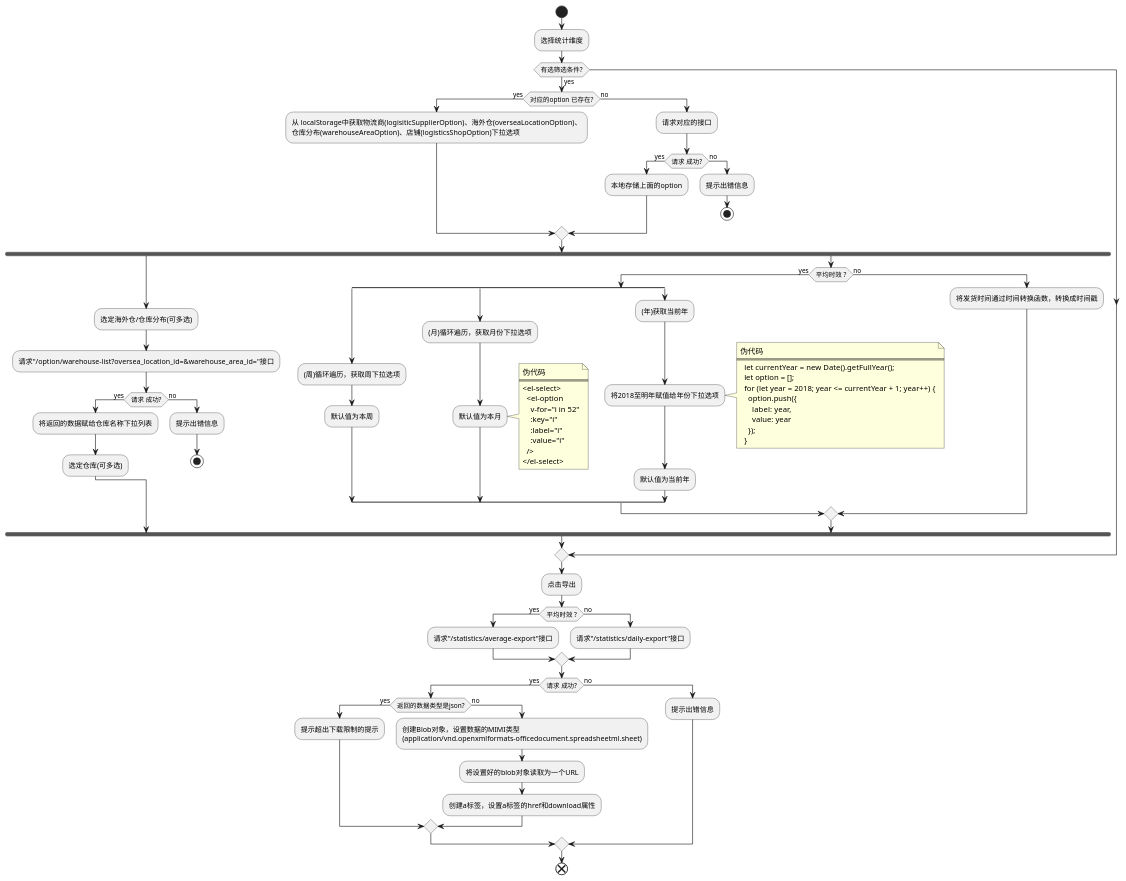
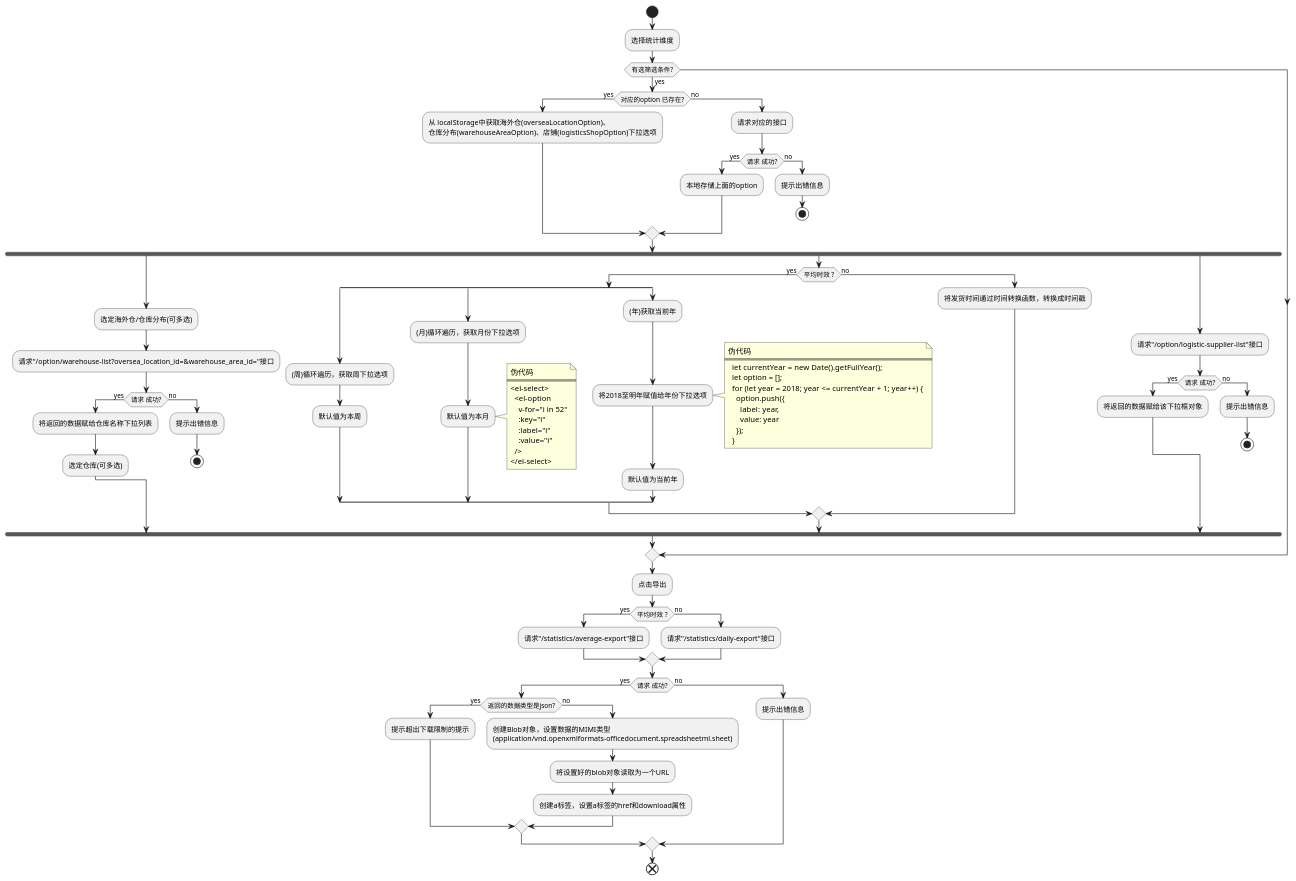
One commit to futurekidult/lis changed the diagram in docs/development-flow-diagram.puml/statistics/export-statistics.puml. Above: the diagram before and after it, drawn with PlantUML. The commit also changed 9 other files, not shown here.

```diff
--- a/docs/development-flow-diagram.puml/statistics/export-statistics.puml
+++ b/docs/development-flow-diagram.puml/statistics/export-statistics.puml
@@ -1,90 +1,98 @@
 @startuml
 
 start
 :选择统计维度;
 if(有选筛选条件?) then (yes)
    if(对应的option 已存在?) then (yes)
-    :从 localStorage中获取物流商(logisiticSupplierOption)、海外仓(overseaLocationOption)、
+    :从 localStorage中获取海外仓(overseaLocationOption)、
     仓库分布(warehouseAreaOption)、店铺(logisticsShopOption)下拉选项;
   else (no)
     :请求对应的接口;
     if(请求 成功?) then (yes)
       :本地存储上面的option;
     else (no)
       :提示出错信息;
       stop
     endif
   endif
   fork
     :选定海外仓/仓库分布(可多选);
     :请求"/option/warehouse-list?oversea_location_id=&warehouse_area_id="接口;
     if(请求 成功?) then (yes)
       :将返回的数据赋给仓库名称下拉列表;
       :选定仓库(可多选);
     else (no)
       :提示出错信息;
       stop
     endif
   fork again
     if(平均时效 ?) then (yes)
       split 
         :(周)循环遍历，获取周下拉选项;
         :默认值为本周;
       split again 
         :(月)循环遍历，获取月份下拉选项;
         :默认值为本月;
       note right 
         伪代码
         ====
         <el-select>
           <el-option
             v-for="i in 52"
             :key="i"
             :label="i"
             :value="i"
           />
         </el-select>
       end note
       split again
         :(年)获取当前年;
         :将2018至明年赋值给年份下拉选项;
         note right
           伪代码
           ====
             let currentYear = new Date().getFullYear();
             let option = [];
             for (let year = 2018; year <= currentYear + 1; year++) {
               option.push({
                 label: year,
                 value: year
               });
             }
         end note
         :默认值为当前年;
       end split
     else (no)
       :将发货时间通过时间转换函数，转换成时间戳;
     endif
+  fork again
+    :请求"/option/logistic-supplier-list"接口;
+    if(请求 成功?) then (yes) 
+      :将返回的数据赋给该下拉框对象;
+    else (no)
+      :提示出错信息;
+      stop
+    endif
   end fork
 endif
 :点击导出;
  if(平均时效 ?) then (yes)
   :请求"/statistics/average-export"接口;
 else (no)
   :请求"/statistics/daily-export"接口;
 endif
 if(请求 成功?) then (yes)
   if(返回的数据类型是json?) then (yes)
     :提示超出下载限制的提示;
   else (no)
     :创建Blob对象，设置数据的MIMI类型
     (application/vnd.openxmlformats-officedocument.spreadsheetml.sheet);
     :将设置好的blob对象读取为一个URL;
     :创建a标签，设置a标签的href和download属性;
   endif
 else (no)
   :提示出错信息;
 endif
 end
 
 @enduml
```
